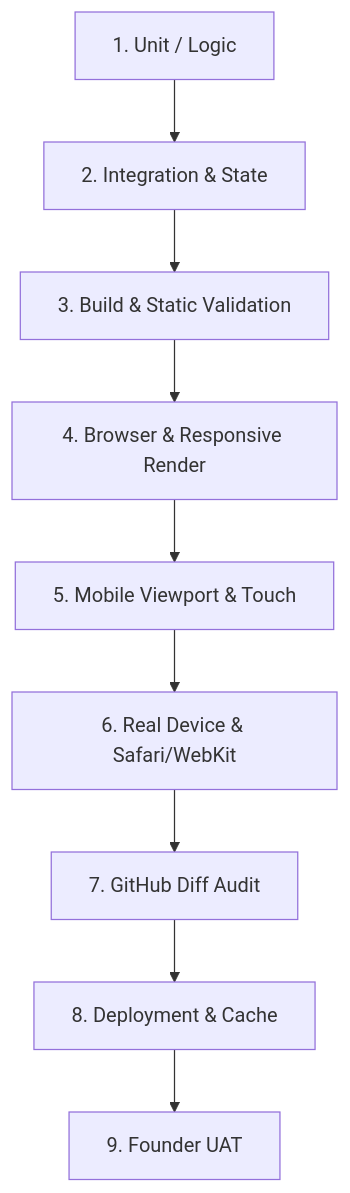
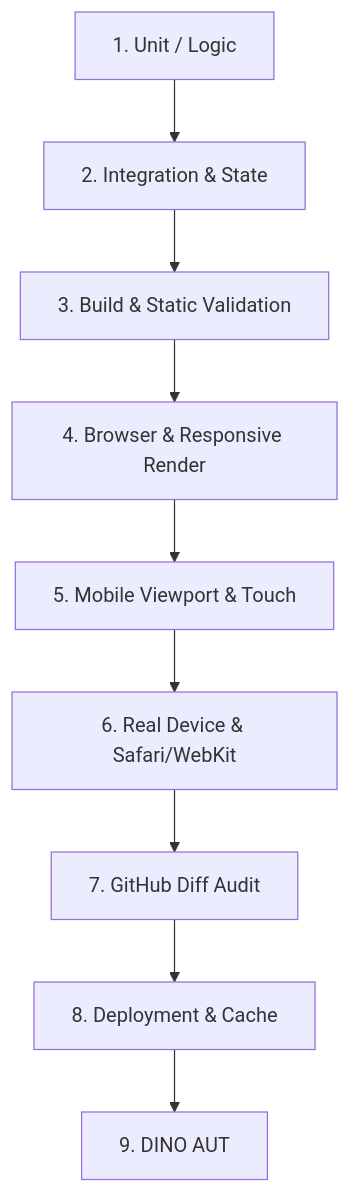
The third of 3 diagrams in 00_SYSTEM/DINO_GOVERNANCE.md (dinongo510/dino-tracking), drawn with Mermaid before and after one commit. The commit also changed other lines of this file and 3 other files, not shown here.

````diff
--- a/00_SYSTEM/DINO_GOVERNANCE.md
+++ b/00_SYSTEM/DINO_GOVERNANCE.md
@@ -188,11 +193,11 @@
 ```mermaid
 flowchart TD
     Unit[1. Unit / Logic] --> Integration[2. Integration & State]
     Integration --> Build[3. Build & Static Validation]
     Build --> Browser[4. Browser & Responsive Render]
     Browser --> Mobile[5. Mobile Viewport & Touch]
     Mobile --> Device[6. Real Device & Safari/WebKit]
     Device --> GitAudit[7. GitHub Diff Audit]
     GitAudit --> Deploy[8. Deployment & Cache]
-    Deploy --> UAT[9. Founder UAT]
+    Deploy --> AUT[9. DINO AUT]
 ```
````
